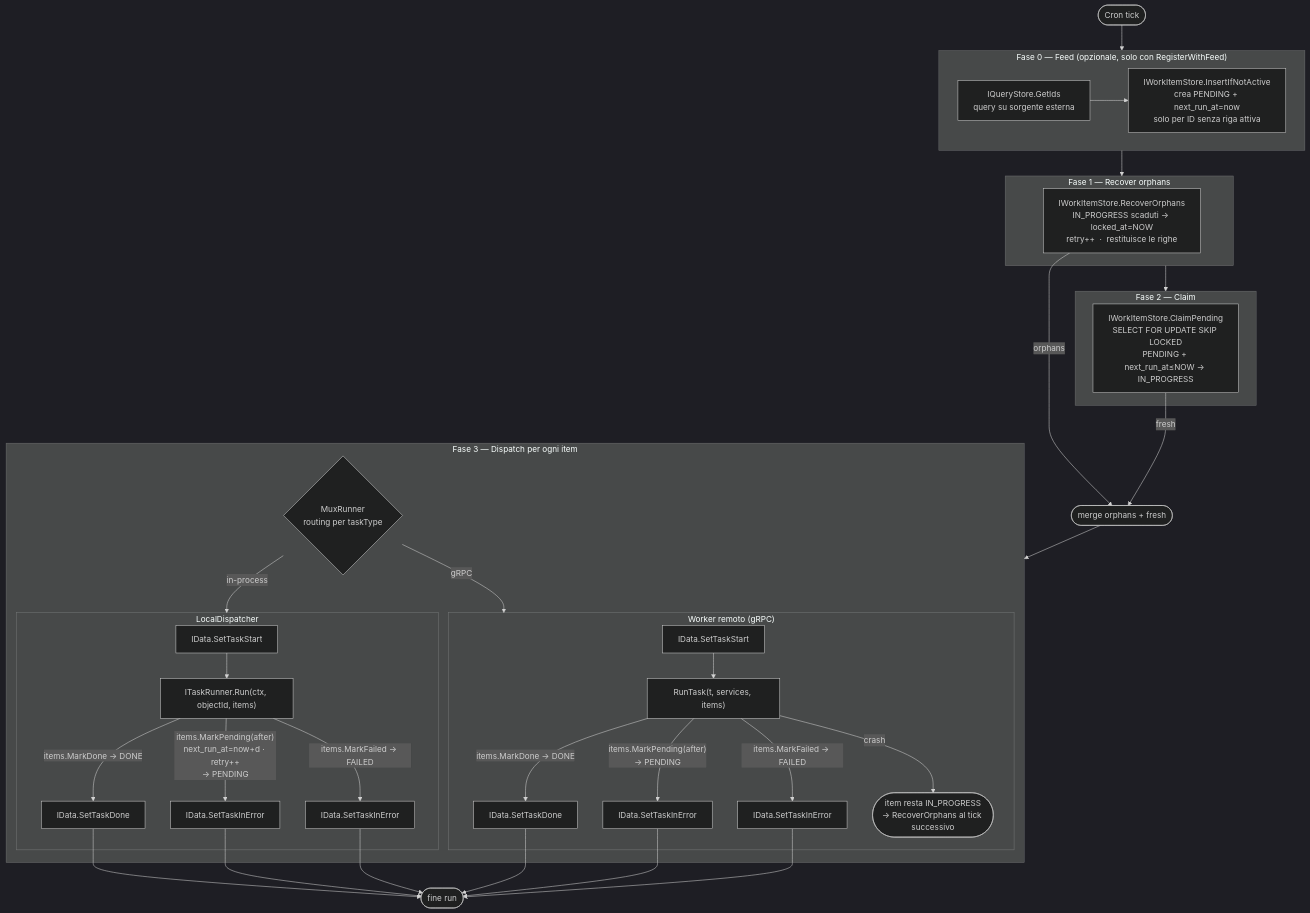
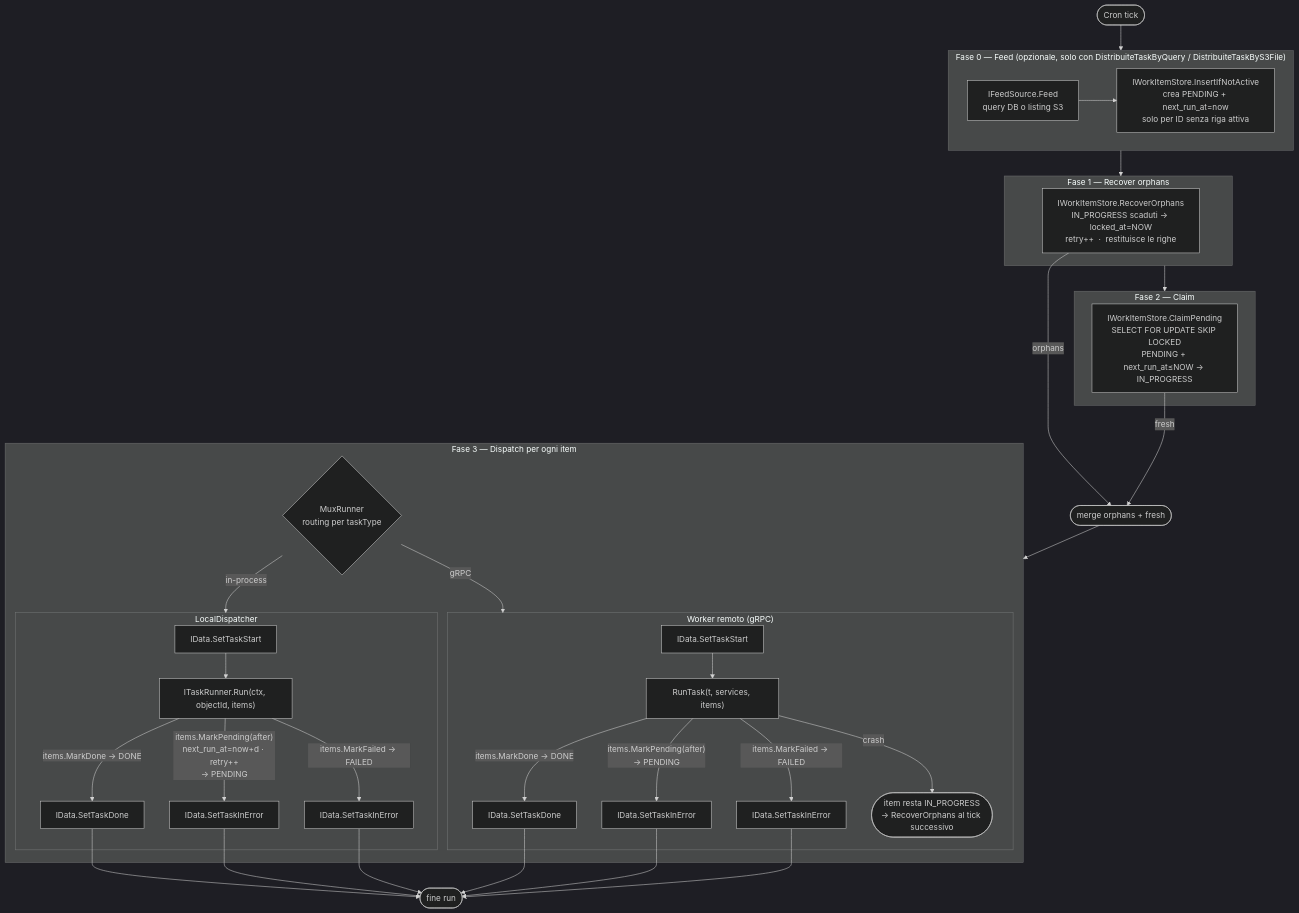
Before and after one commit to GPA-Gruppo-Progetti-Avanzati-SRL/go-core-batch: the diagram in README.md, drawn with Mermaid (dark theme). The commit also changed other lines of this file and 16 other files, not shown here.

````diff
--- a/README.md
+++ b/README.md
@@ -11,47 +11,47 @@
 ```mermaid
 flowchart TD
     CRON([Cron tick]) --> FEED
 
-    subgraph FEED["Fase 0 — Feed (opzionale, solo con RegisterWithFeed)"]
-        QS[IQueryStore.GetIds\nquery su sorgente esterna] --> IINA["IWorkItemStore.InsertIfNotActive\ncrea PENDING + next_run_at=now\nsolo per ID senza riga attiva"]
+    subgraph FEED["Fase 0 — Feed (opzionale, solo con DistribuiteTaskByQuery / DistribuiteTaskByS3File)"]
+        QS[IFeedSource.Feed\nquery DB o listing S3] --> IINA["IWorkItemStore.InsertIfNotActive\ncrea PENDING + next_run_at=now\nsolo per ID senza riga attiva"]
     end
 
     FEED --> ORPHAN
 
     subgraph ORPHAN["Fase 1 — Recover orphans"]
         RO["IWorkItemStore.RecoverOrphans\nIN_PROGRESS scaduti → locked_at=NOW\nretry++  ·  restituisce le righe"]
     end
 
     ORPHAN --> CLAIM
 
     subgraph CLAIM["Fase 2 — Claim"]
         CP["IWorkItemStore.ClaimPending\nSELECT FOR UPDATE SKIP LOCKED\nPENDING + next_run_at≤NOW → IN_PROGRESS"]
     end
 
     RO -- orphans --> MERGE
     CP -- fresh --> MERGE
     MERGE([merge orphans + fresh]) --> DISPATCH
 
     subgraph DISPATCH["Fase 3 — Dispatch per ogni item"]
         D{MuxRunner\nrouting per taskType}
         D -- in-process --> LOCAL
         D -- gRPC --> REMOTE
 
         subgraph LOCAL["LocalDispatcher"]
             LS[IData.SetTaskStart] --> RUN["ITaskRunner.Run(ctx, objectId, items)"]
             RUN -- "items.MarkDone → DONE" --> LD[IData.SetTaskDone]
             RUN -- "items.MarkPending(after)\nnext_run_at=now+d · retry++\n→ PENDING" --> LP[IData.SetTaskInError]
             RUN -- "items.MarkFailed → FAILED" --> LE[IData.SetTaskInError]
         end
 
         subgraph REMOTE["Worker remoto (gRPC)"]
             WS[IData.SetTaskStart] --> WRUN["RunTask(t, services, items)"]
             WRUN -- "items.MarkDone → DONE" --> WD[IData.SetTaskDone]
             WRUN -- "items.MarkPending(after)\n→ PENDING" --> WP[IData.SetTaskInError]
             WRUN -- "items.MarkFailed → FAILED" --> WE[IData.SetTaskInError]
             WRUN -- crash --> ORPHANED(["item resta IN_PROGRESS\n→ RecoverOrphans al tick successivo"])
         end
     end
 
     LD & LP & LE & WD & WP & WE --> DONE([fine run])
 ```
````
